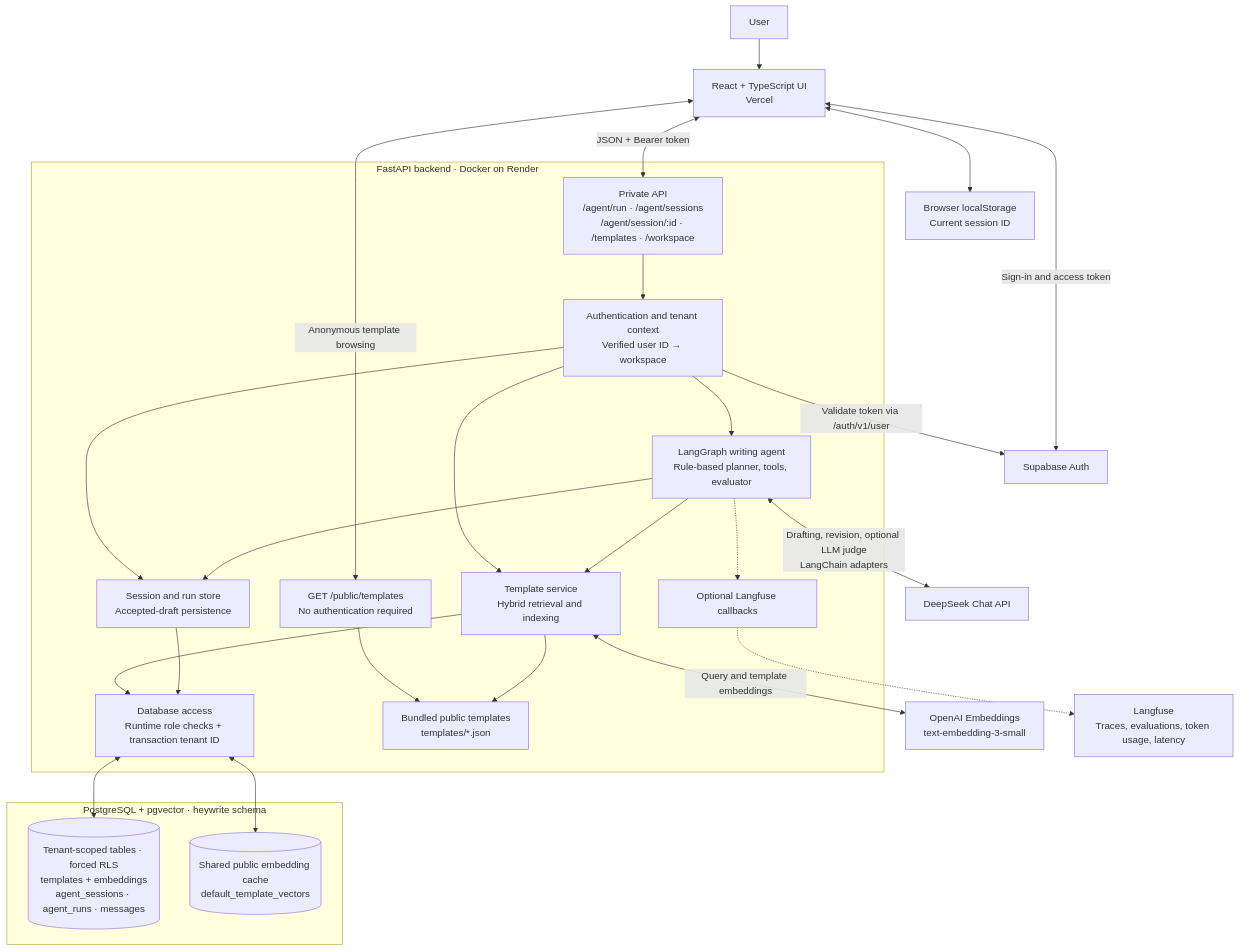
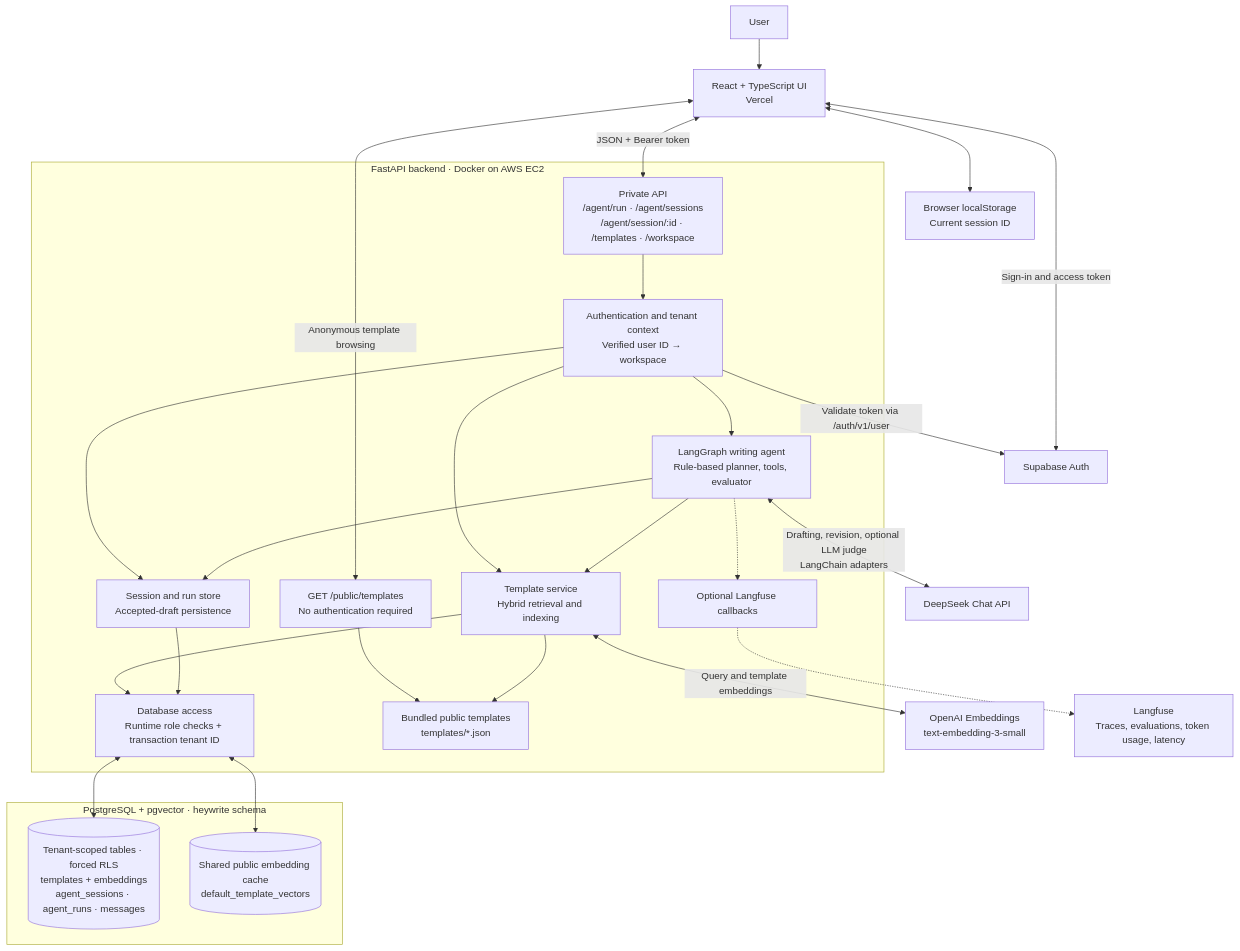
The first of 2 diagrams in Readme.md (bowl1/Hey_write), drawn with Mermaid before and after one commit. The commit also changed other lines of this file, not shown here.

Commit message:
Update README: backend now deployed on AWS EC2 instead of Render

````diff
--- a/Readme.md
+++ b/Readme.md
@@ -86,44 +86,44 @@
 ```mermaid
 flowchart TB
     User["User"] --> UI["React + TypeScript UI<br/>Vercel"]
     UI <-->|"Sign-in and access token"| Auth["Supabase Auth"]
     UI <--> Local["Browser localStorage<br/>Current session ID"]
 
-    subgraph Backend["FastAPI backend · Docker on Render"]
+    subgraph Backend["FastAPI backend · Docker on AWS EC2"]
         API["Private API<br/>/agent/run · /agent/sessions<br/>/agent/session/:id · /templates · /workspace"]
         Tenant["Authentication and tenant context<br/>Verified user ID → workspace"]
         Public["GET /public/templates<br/>No authentication required"]
         Graph["LangGraph writing agent<br/>Rule-based planner, tools, evaluator"]
         Templates["Template service<br/>Hybrid retrieval and indexing"]
         Store["Session and run store<br/>Accepted-draft persistence"]
         DBAccess["Database access<br/>Runtime role checks + transaction tenant ID"]
         Files["Bundled public templates<br/>templates/*.json"]
         Callbacks["Optional Langfuse callbacks"]
     end
 
     UI <-->|"JSON + Bearer token"| API
     UI <-->|"Anonymous template browsing"| Public
     API --> Tenant
     Tenant -->|"Validate token via /auth/v1/user"| Auth
     Tenant --> Graph
     Tenant --> Templates
     Tenant --> Store
     Graph --> Templates
     Graph --> Store
     Public --> Files
     Templates --> Files
     Templates --> DBAccess
     Store --> DBAccess
 
     subgraph Database["PostgreSQL + pgvector · heywrite schema"]
         PrivateDB[("Tenant-scoped tables · forced RLS<br/>templates + embeddings<br/>agent_sessions · agent_runs · messages")]
         Cache[("Shared public embedding cache<br/>default_template_vectors")]
     end
 
     DBAccess <--> PrivateDB
     DBAccess <--> Cache
     Templates <-->|"Query and template embeddings"| OpenAI["OpenAI Embeddings<br/>text-embedding-3-small"]
     Graph <-->|"Drafting, revision, optional LLM judge<br/>LangChain adapters"| DeepSeek["DeepSeek Chat API"]
     Graph -.-> Callbacks
     Callbacks -.-> Langfuse["Langfuse<br/>Traces, evaluations, token usage, latency"]
 ```
````
